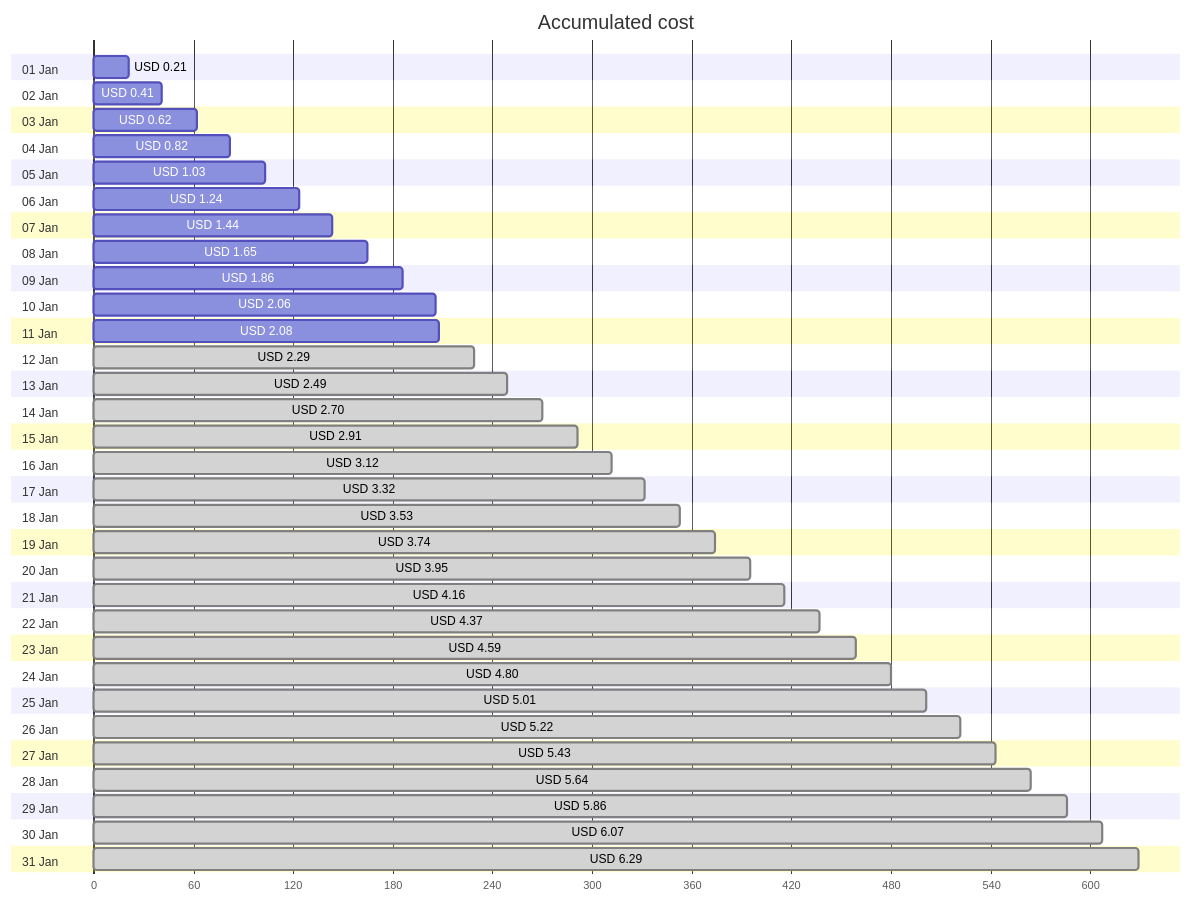
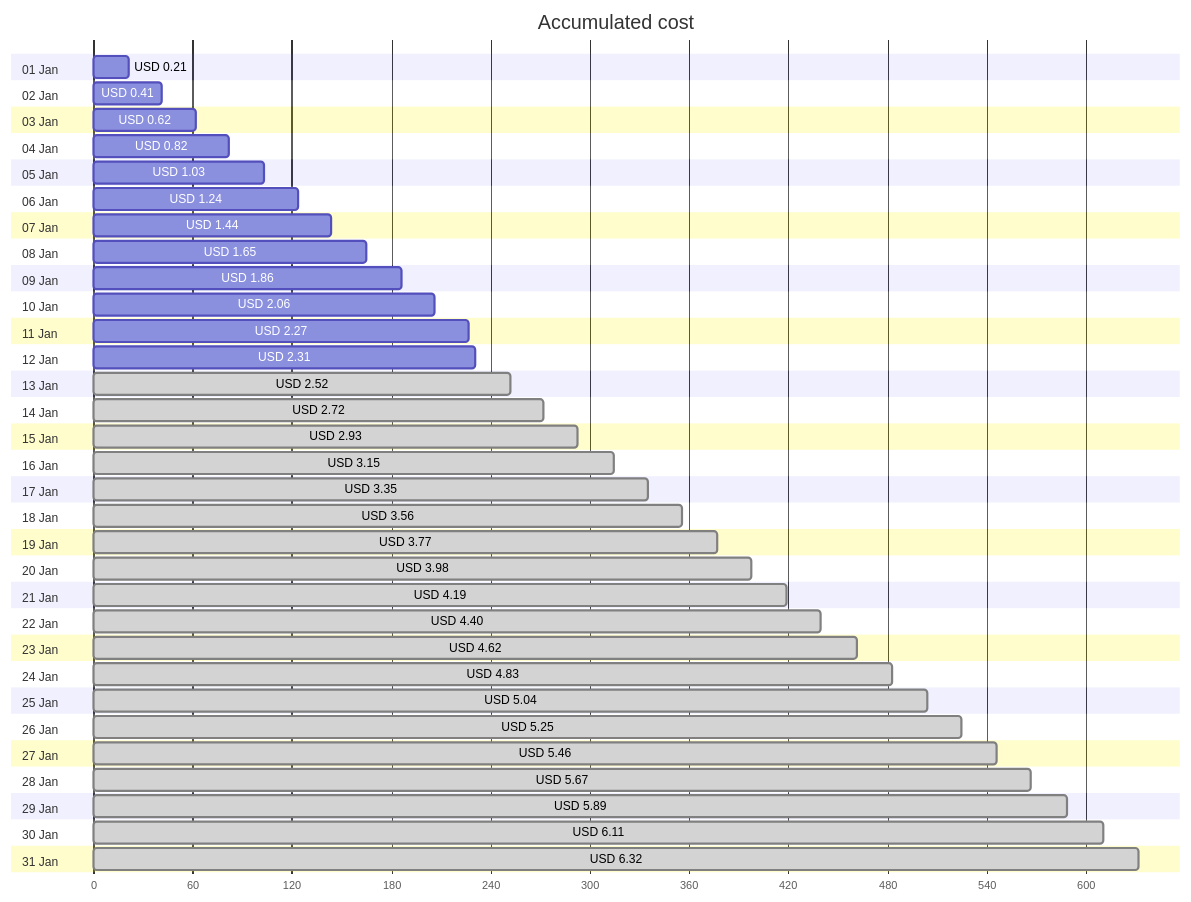
The first of 4 diagrams in cost-reports/personal-network/backup-server.md (jpfulton/azure-personal-reports), drawn with Mermaid before and after one commit. The commit also changed other lines of this file and 8 other files, not shown here.

````diff
--- a/cost-reports/personal-network/backup-server.md
+++ b/cost-reports/personal-network/backup-server.md
@@ -20,68 +20,68 @@
 ```mermaid
 gantt
    title Accumulated cost
    dateFormat  X
    axisFormat %s
    section 01 Jan
    USD 0.21 :0, 21
    section 02 Jan
    USD 0.41 :0, 41
    section 03 Jan
    USD 0.62 :0, 62
    section 04 Jan
    USD 0.82 :0, 82
    section 05 Jan
    USD 1.03 :0, 103
    section 06 Jan
    USD 1.24 :0, 124
    section 07 Jan
    USD 1.44 :0, 144
    section 08 Jan
    USD 1.65 :0, 165
    section 09 Jan
    USD 1.86 :0, 186
    section 10 Jan
    USD 2.06 :0, 206
    section 11 Jan
-   USD 2.08 :0, 208
+   USD 2.27 :0, 227
    section 12 Jan
-   USD 2.29 : done, 0, 229
+   USD 2.31 :0, 231
    section 13 Jan
-   USD 2.49 : done, 0, 249
+   USD 2.52 : done, 0, 252
    section 14 Jan
-   USD 2.70 : done, 0, 270
+   USD 2.72 : done, 0, 272
    section 15 Jan
-   USD 2.91 : done, 0, 291
+   USD 2.93 : done, 0, 293
    section 16 Jan
-   USD 3.12 : done, 0, 312
+   USD 3.15 : done, 0, 315
    section 17 Jan
-   USD 3.32 : done, 0, 332
+   USD 3.35 : done, 0, 335
    section 18 Jan
-   USD 3.53 : done, 0, 353
+   USD 3.56 : done, 0, 356
    section 19 Jan
-   USD 3.74 : done, 0, 374
+   USD 3.77 : done, 0, 377
    section 20 Jan
-   USD 3.95 : done, 0, 395
+   USD 3.98 : done, 0, 398
    section 21 Jan
-   USD 4.16 : done, 0, 416
+   USD 4.19 : done, 0, 419
    section 22 Jan
-   USD 4.37 : done, 0, 437
+   USD 4.40 : done, 0, 440
    section 23 Jan
-   USD 4.59 : done, 0, 459
+   USD 4.62 : done, 0, 462
    section 24 Jan
-   USD 4.80 : done, 0, 480
+   USD 4.83 : done, 0, 483
    section 25 Jan
-   USD 5.01 : done, 0, 501
+   USD 5.04 : done, 0, 504
    section 26 Jan
-   USD 5.22 : done, 0, 522
+   USD 5.25 : done, 0, 525
    section 27 Jan
-   USD 5.43 : done, 0, 543
+   USD 5.46 : done, 0, 546
    section 28 Jan
-   USD 5.64 : done, 0, 564
+   USD 5.67 : done, 0, 567
    section 29 Jan
-   USD 5.86 : done, 0, 586
+   USD 5.89 : done, 0, 589
    section 30 Jan
-   USD 6.07 : done, 0, 607
+   USD 6.11 : done, 0, 611
    section 31 Jan
-   USD 6.29 : done, 0, 629
+   USD 6.32 : done, 0, 632
 ```
````
